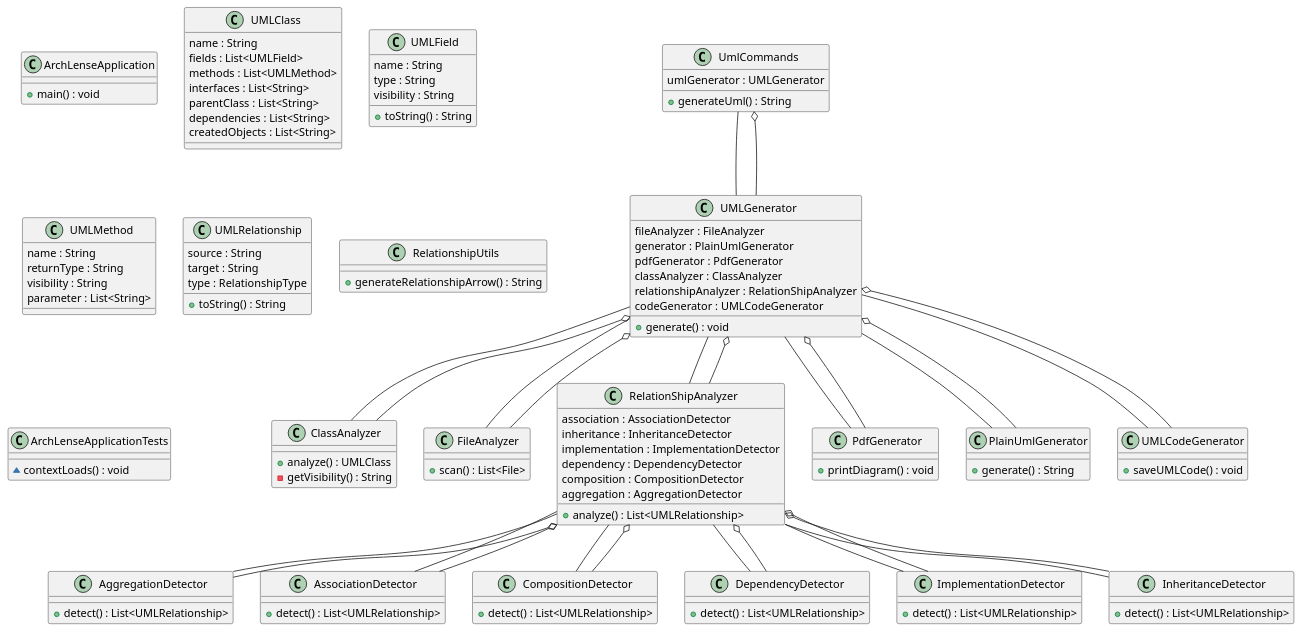
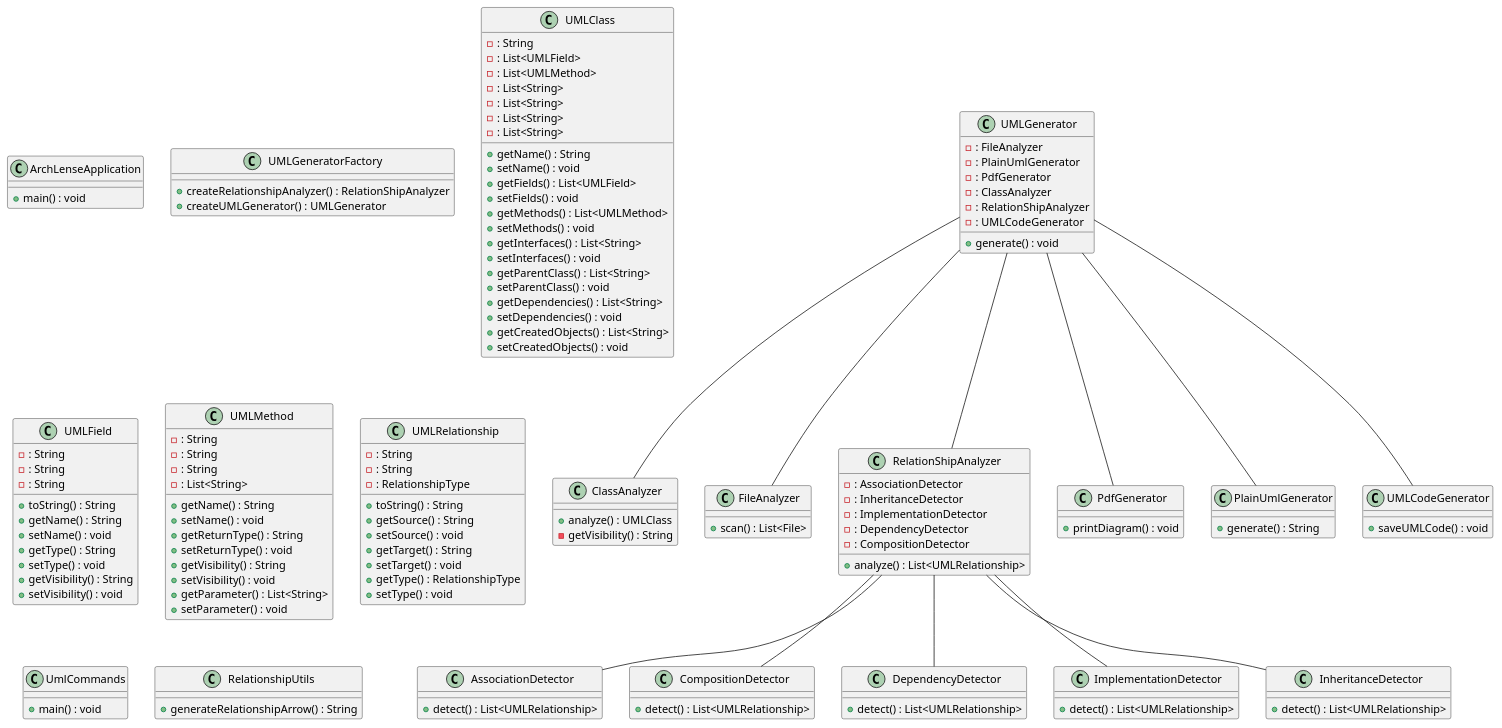
One commit to sithija-sulochana/ArchLense changed the diagram in diagram.puml. Above: the diagram before and after it, drawn with PlantUML. The commit also changed 20 other files, not shown here.

```diff
--- a/diagram.puml
+++ b/diagram.puml
@@ -1,120 +1,135 @@
 @startuml
 class ClassAnalyzer {
   + analyze() : UMLClass
   - getVisibility() : String
 }
 class FileAnalyzer {
   + scan() : List<File>
 }
 class RelationShipAnalyzer {
-  association : AssociationDetector
-  inheritance : InheritanceDetector
-  implementation : ImplementationDetector
-  dependency : DependencyDetector
-  composition : CompositionDetector
-  aggregation : AggregationDetector
+  - : AssociationDetector
+  - : InheritanceDetector
+  - : ImplementationDetector
+  - : DependencyDetector
+  - : CompositionDetector
   + analyze() : List<UMLRelationship>
 }
 class ArchLenseApplication {
   + main() : void
-}
-class AggregationDetector {
-  + detect() : List<UMLRelationship>
 }
 class AssociationDetector {
   + detect() : List<UMLRelationship>
 }
 class CompositionDetector {
   + detect() : List<UMLRelationship>
 }
 class DependencyDetector {
   + detect() : List<UMLRelationship>
 }
 class ImplementationDetector {
   + detect() : List<UMLRelationship>
 }
 class InheritanceDetector {
   + detect() : List<UMLRelationship>
 }
+class UMLGeneratorFactory {
+  + createRelationshipAnalyzer() : RelationShipAnalyzer
+  + createUMLGenerator() : UMLGenerator
+}
 class PdfGenerator {
   + printDiagram() : void
 }
 class PlainUmlGenerator {
   + generate() : String
 }
 class UMLCodeGenerator {
   + saveUMLCode() : void
 }
 class UMLClass {
-  name : String
-  fields : List<UMLField>
-  methods : List<UMLMethod>
-  interfaces : List<String>
-  parentClass : List<String>
-  dependencies : List<String>
-  createdObjects : List<String>
+  - : String
+  - : List<UMLField>
+  - : List<UMLMethod>
+  - : List<String>
+  - : List<String>
+  - : List<String>
+  - : List<String>
+  + getName() : String
+  + setName() : void
+  + getFields() : List<UMLField>
+  + setFields() : void
+  + getMethods() : List<UMLMethod>
+  + setMethods() : void
+  + getInterfaces() : List<String>
+  + setInterfaces() : void
+  + getParentClass() : List<String>
+  + setParentClass() : void
+  + getDependencies() : List<String>
+  + setDependencies() : void
+  + getCreatedObjects() : List<String>
+  + setCreatedObjects() : void
 }
 class UMLField {
-  name : String
-  type : String
-  visibility : String
+  - : String
+  - : String
+  - : String
   + toString() : String
+  + getName() : String
+  + setName() : void
+  + getType() : String
+  + setType() : void
+  + getVisibility() : String
+  + setVisibility() : void
 }
 class UMLMethod {
-  name : String
-  returnType : String
-  visibility : String
-  parameter : List<String>
+  - : String
+  - : String
+  - : String
+  - : List<String>
+  + getName() : String
+  + setName() : void
+  + getReturnType() : String
+  + setReturnType() : void
+  + getVisibility() : String
+  + setVisibility() : void
+  + getParameter() : List<String>
+  + setParameter() : void
 }
 class UMLRelationship {
-  source : String
-  target : String
-  type : RelationshipType
+  - : String
+  - : String
+  - : RelationshipType
   + toString() : String
+  + getSource() : String
+  + setSource() : void
+  + getTarget() : String
+  + setTarget() : void
+  + getType() : RelationshipType
+  + setType() : void
 }
 class UMLGenerator {
-  fileAnalyzer : FileAnalyzer
-  generator : PlainUmlGenerator
-  pdfGenerator : PdfGenerator
-  classAnalyzer : ClassAnalyzer
-  relationshipAnalyzer : RelationShipAnalyzer
-  codeGenerator : UMLCodeGenerator
+  - : FileAnalyzer
+  - : PlainUmlGenerator
+  - : PdfGenerator
+  - : ClassAnalyzer
+  - : RelationShipAnalyzer
+  - : UMLCodeGenerator
   + generate() : void
 }
 class UmlCommands {
-  umlGenerator : UMLGenerator
-  + generateUml() : String
+  + main() : void
 }
 class RelationshipUtils {
   + generateRelationshipArrow() : String
 }
-class ArchLenseApplicationTests {
-  ~ contextLoads() : void
-}
+UMLGenerator -- FileAnalyzer
+RelationShipAnalyzer -- DependencyDetector
 RelationShipAnalyzer -- InheritanceDetector
+UMLGenerator -- PdfGenerator
+RelationShipAnalyzer -- AssociationDetector
+UMLGenerator -- PlainUmlGenerator
+UMLGenerator -- RelationShipAnalyzer
+RelationShipAnalyzer -- ImplementationDetector
+UMLGenerator -- ClassAnalyzer
+UMLGenerator -- UMLCodeGenerator
 RelationShipAnalyzer -- CompositionDetector
-RelationShipAnalyzer -- AssociationDetector
-UMLGenerator -- RelationShipAnalyzer
-UmlCommands -- UMLGenerator
-RelationShipAnalyzer -- DependencyDetector
-UMLGenerator -- PdfGenerator
-UMLGenerator -- FileAnalyzer
-UMLGenerator -- PlainUmlGenerator
-UMLGenerator -- UMLCodeGenerator
-UMLGenerator -- ClassAnalyzer
-RelationShipAnalyzer -- AggregationDetector
-RelationShipAnalyzer -- ImplementationDetector
-UMLGenerator o-- FileAnalyzer
-RelationShipAnalyzer o-- AggregationDetector
-UMLGenerator o-- UMLCodeGenerator
-UmlCommands o-- UMLGenerator
-RelationShipAnalyzer o-- AssociationDetector
-RelationShipAnalyzer o-- ImplementationDetector
-UMLGenerator o-- PdfGenerator
-UMLGenerator o-- RelationShipAnalyzer
-RelationShipAnalyzer o-- DependencyDetector
-UMLGenerator o-- ClassAnalyzer
-UMLGenerator o-- PlainUmlGenerator
-RelationShipAnalyzer o-- CompositionDetector
-RelationShipAnalyzer o-- InheritanceDetector
 @enduml
```
